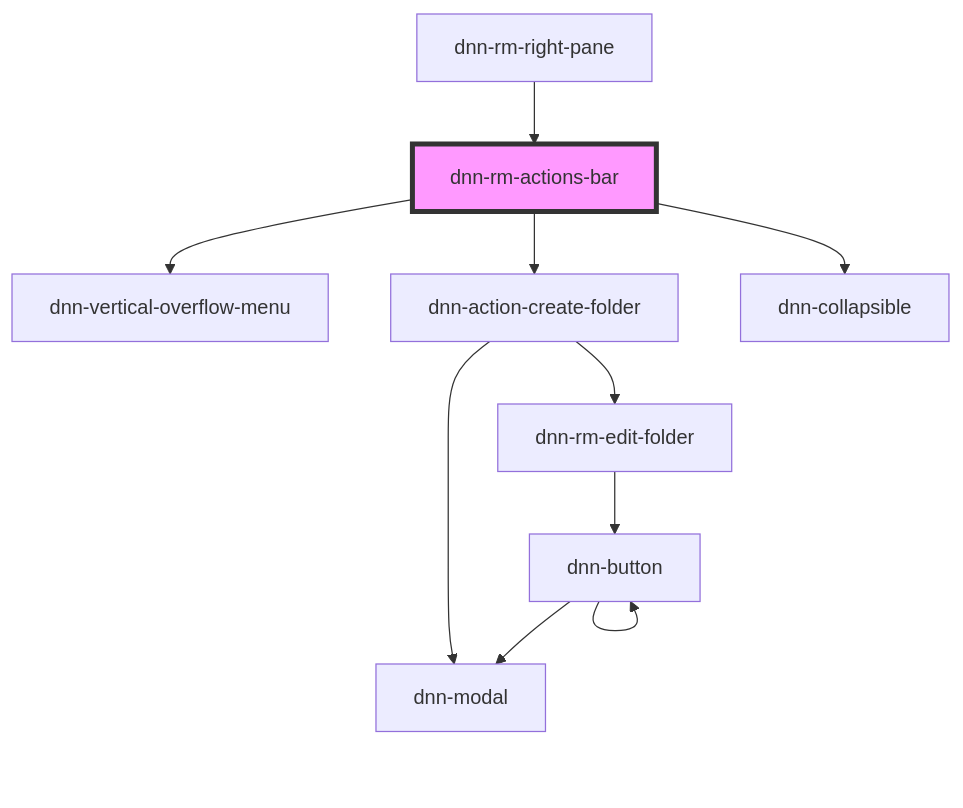
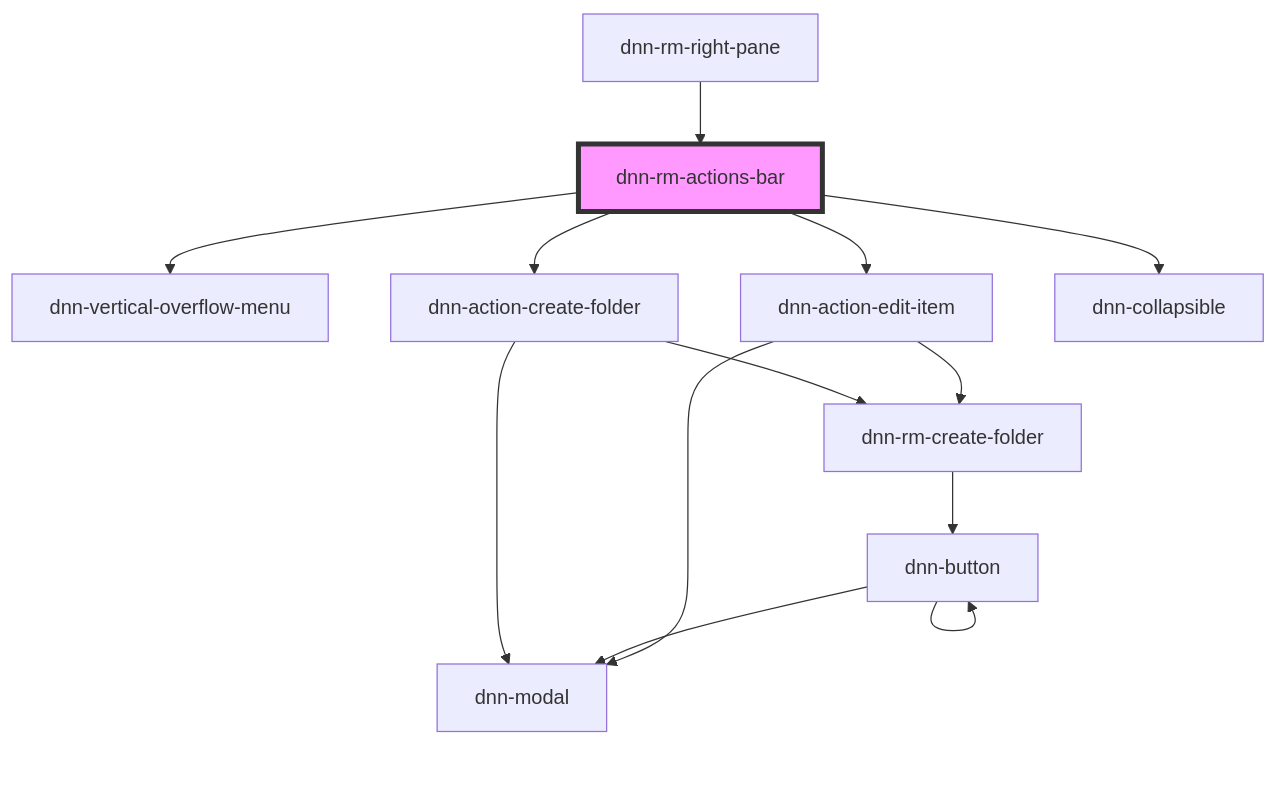
Before and after one commit to dnnsoftware/Dnn.Platform: the diagram in DNN Platform/Modules/ResourceManager/ResourceManager.Web/src/components/dnn-rm-actions-bar/readme.md, drawn with Mermaid. The commit also changed other lines of this file and 29 other files, not shown here.

````diff
--- a/DNN Platform/Modules/ResourceManager/ResourceManager.Web/src/components/dnn-rm-actions-bar/readme.md
+++ b/DNN Platform/Modules/ResourceManager/ResourceManager.Web/src/components/dnn-rm-actions-bar/readme.md
@@ -21,13 +22,16 @@
 ```mermaid
 graph TD;
   dnn-rm-actions-bar --> dnn-vertical-overflow-menu
   dnn-rm-actions-bar --> dnn-action-create-folder
+  dnn-rm-actions-bar --> dnn-action-edit-item
   dnn-rm-actions-bar --> dnn-collapsible
   dnn-action-create-folder --> dnn-modal
-  dnn-action-create-folder --> dnn-rm-edit-folder
-  dnn-rm-edit-folder --> dnn-button
+  dnn-action-create-folder --> dnn-rm-create-folder
+  dnn-rm-create-folder --> dnn-button
   dnn-button --> dnn-modal
   dnn-button --> dnn-button
+  dnn-action-edit-item --> dnn-modal
+  dnn-action-edit-item --> dnn-rm-create-folder
   dnn-rm-right-pane --> dnn-rm-actions-bar
   style dnn-rm-actions-bar fill:#f9f,stroke:#333,stroke-width:4px
 ```
````
